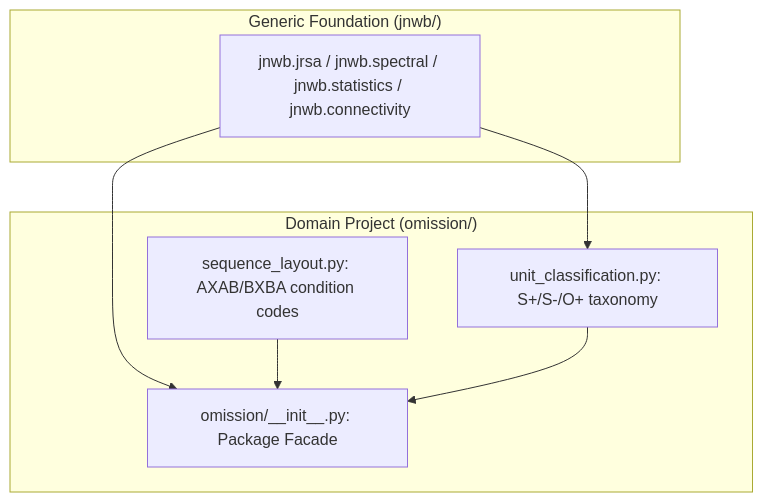
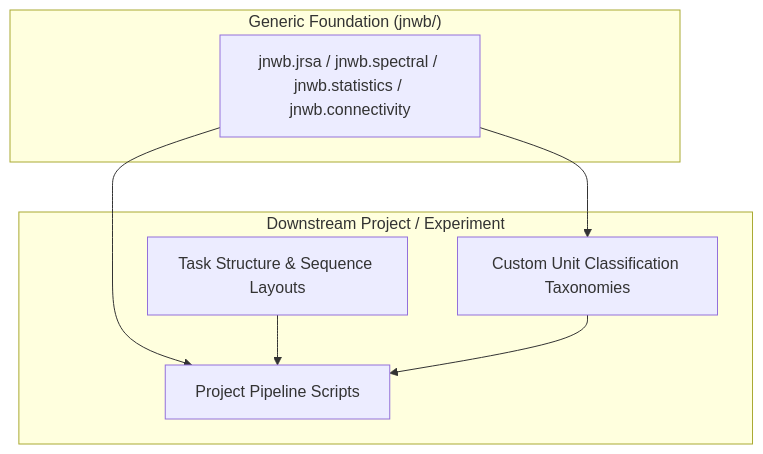
Before and after one commit to HNXJ/jnwb: the diagram in docs/10_extending_jnwb_and_verification.md, drawn with Mermaid. The commit also changed 6 other files, not shown here.

````diff
--- a/docs/10_extending_jnwb_and_verification.md
+++ b/docs/10_extending_jnwb_and_verification.md
@@ -18,17 +18,17 @@
 ```mermaid
 graph TD
     subgraph "Generic Foundation (jnwb/)"
         JCore[jnwb.jrsa / jnwb.spectral / jnwb.statistics / jnwb.connectivity]
     end
 
-    subgraph "Domain Project (omission/)"
-        ExtLayout[sequence_layout.py: AXAB/BXBA condition codes]
-        ExtClass[unit_classification.py: S+/S-/O+ taxonomy]
-        ExtFacade[omission/__init__.py: Package Facade]
+    subgraph "Downstream Project / Experiment"
+        ExtLayout[Task Structure & Sequence Layouts]
+        ExtClass[Custom Unit Classification Taxonomies]
+        ExtFacade[Project Pipeline Scripts]
     end
 
     JCore --> ExtClass
     JCore --> ExtFacade
     ExtLayout --> ExtFacade
     ExtClass --> ExtFacade
 ```
````
